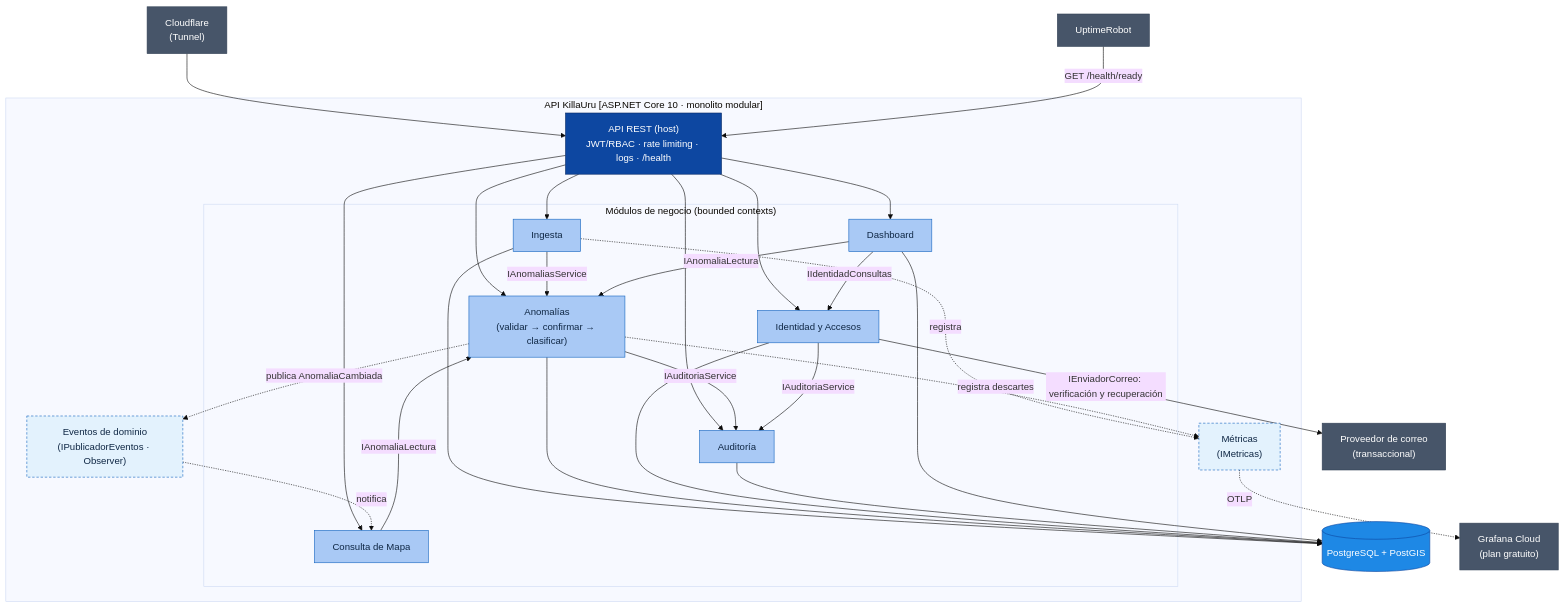
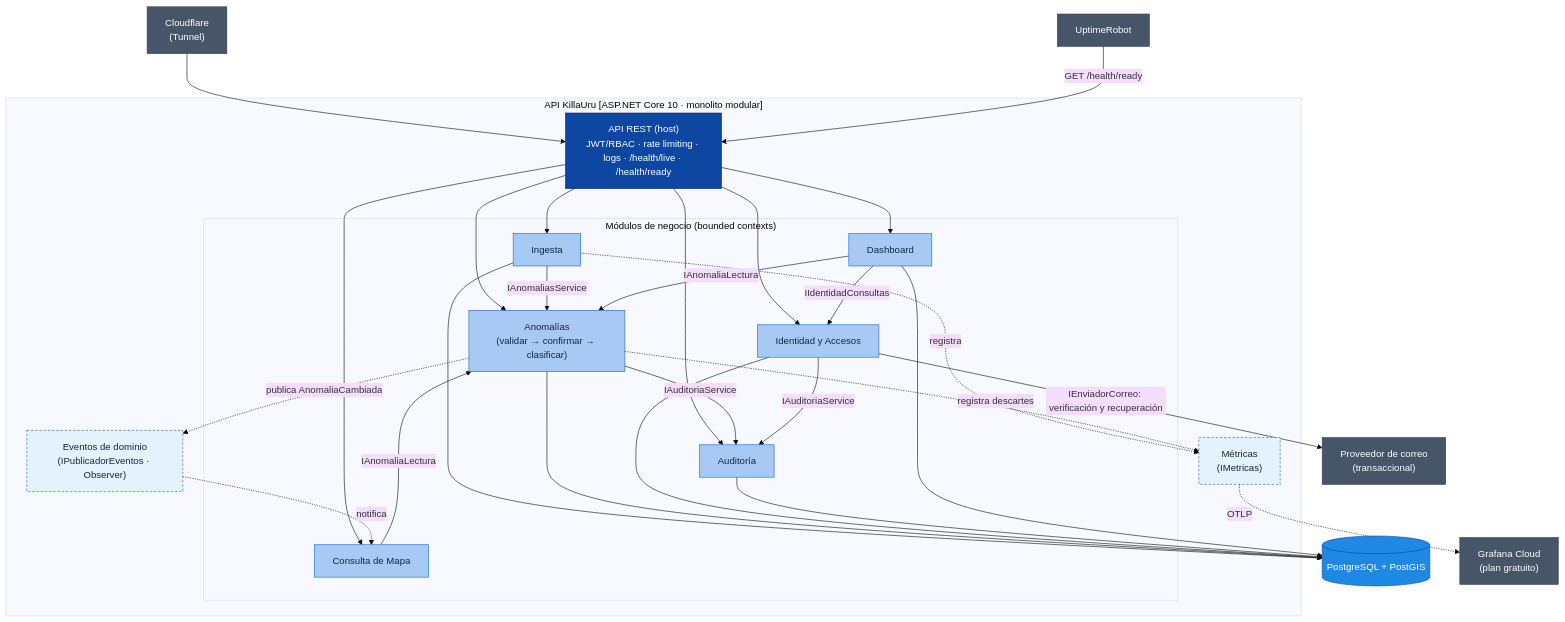
The first of 2 diagrams in docs/02-arquitectura-de-software/componentes-arquitectonicos.md (Crisso29/KillaUru_Sprint01), drawn with Mermaid (base theme) before and after one commit. The commit also changed other lines of this file and 15 other files, not shown here.

````diff
--- a/docs/02-arquitectura-de-software/componentes-arquitectonicos.md
+++ b/docs/02-arquitectura-de-software/componentes-arquitectonicos.md
@@ -15,58 +15,58 @@
 ```mermaid
 flowchart TD
     classDef host fill:#0D47A1,color:#fff,stroke:#082a66
     classDef modulo fill:#A9C9F5,color:#0F2744,stroke:#1565C0
     classDef compartido fill:#E3F2FD,color:#0F2744,stroke:#1565C0,stroke-dasharray: 4 3
     classDef datos fill:#1E88E5,color:#fff,stroke:#0d47a1
     classDef externo fill:#475569,color:#fff,stroke:#334155
 
     CF["Cloudflare<br/>(Tunnel)"]:::externo
     UR["UptimeRobot"]:::externo
     MAIL["Proveedor de correo<br/>(transaccional)"]:::externo
     DB[("PostgreSQL + PostGIS")]:::datos
 
     subgraph API["API KillaUru [ASP.NET Core 10 · monolito modular]"]
-        REST["API REST (host)<br/>JWT/RBAC · rate limiting · logs · /health"]:::host
+        REST["API REST (host)<br/>JWT/RBAC · rate limiting · logs · /health/live · /health/ready"]:::host
 
         subgraph MOD["Módulos de negocio (bounded contexts)"]
             ID["Identidad y Accesos"]:::modulo
             ING["Ingesta"]:::modulo
             ANO["Anomalías<br/>(validar → confirmar → clasificar)"]:::modulo
             MAPA["Consulta de Mapa"]:::modulo
             DASH["Dashboard"]:::modulo
             AUD["Auditoría"]:::modulo
         end
 
         EVT["Eventos de dominio<br/>(IPublicadorEventos · Observer)"]:::compartido
         MET["Métricas<br/>(IMetricas)"]:::compartido
     end
 
     CF --> REST
     UR -- "GET /health/ready" --> REST
 
     REST --> ID
     REST --> ING
     REST --> ANO
     REST --> MAPA
     REST --> DASH
     REST --> AUD
 
     ING -- "IAnomaliasService" --> ANO
     ANO -- "IAuditoriaService" --> AUD
     ANO -. "publica AnomaliaCambiada" .-> EVT
     ID -- "IAuditoriaService" --> AUD
     ID -- "IEnviadorCorreo: verificación y recuperación" --> MAIL
     MAPA -- "IAnomaliaLectura" --> ANO
     EVT -. "notifica" .-> MAPA
     DASH -- "IAnomaliaLectura" --> ANO
     DASH -- "IIdentidadConsultas" --> ID
     ING -. "registra" .-> MET
     ANO -. "registra descartes" .-> MET
     MET -. "OTLP" .-> GRAF["Grafana Cloud<br/>(plan gratuito)"]:::externo
 
     ING --> DB
     ANO --> DB
     ID --> DB
     AUD --> DB
     DASH --> DB
 ```
````
